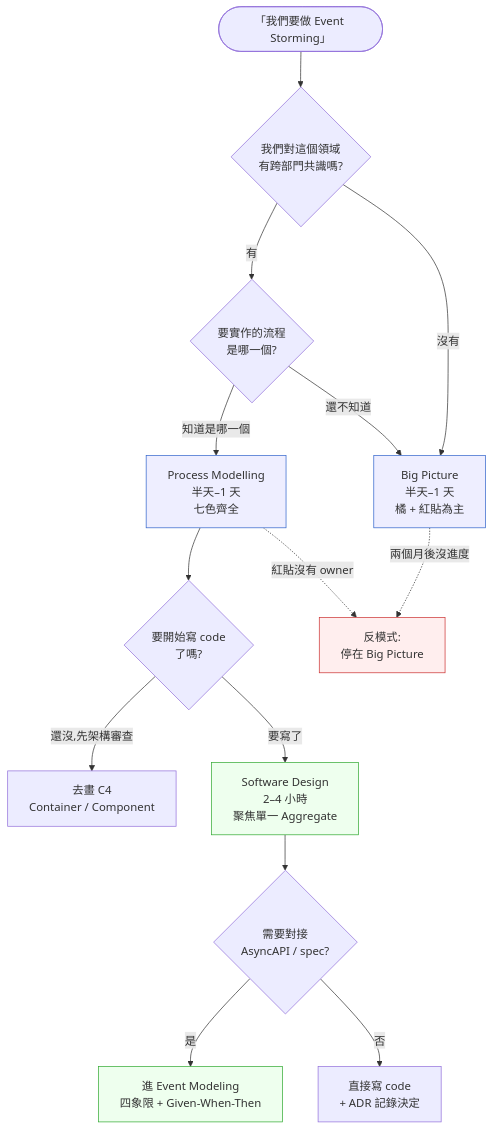
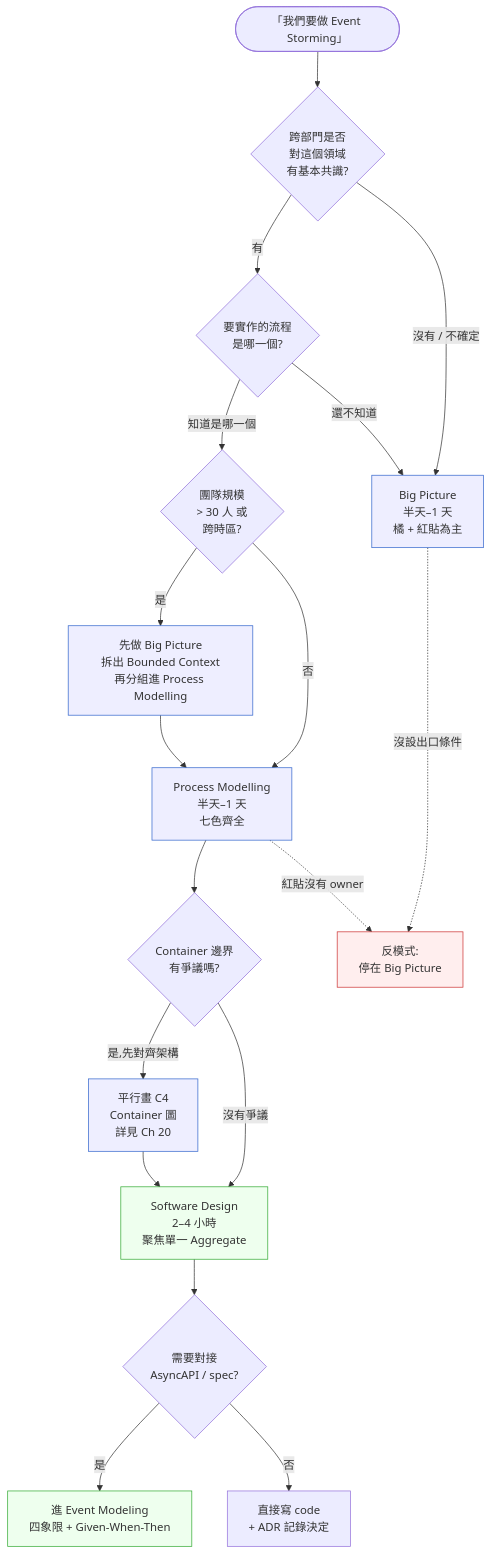
One commit to EddyKuo/sa-sd-playbook changed the third of 3 diagrams in book/part-04-architecture/ch-19-event-storming-modeling.md. Above: the diagram before and after it, drawn with Mermaid. The commit also changed other lines of this file and 53 other files, not shown here.

````diff
--- a/book/part-04-architecture/ch-19-event-storming-modeling.md
+++ b/book/part-04-architecture/ch-19-event-storming-modeling.md
@@ -223,26 +260,29 @@
 ```mermaid
 flowchart TD
-    Start([「我們要做 Event Storming」]) --> Q1{我們對這個領域<br/>有跨部門共識嗎?}
-    Q1 -->|沒有| BP[Big Picture<br/>半天–1 天<br/>橘 + 紅貼為主]
+    Start([「我們要做 Event Storming」]) --> Q1{跨部門是否<br/>對這個領域<br/>有基本共識?}
+    Q1 -->|沒有 / 不確定| BP[Big Picture<br/>半天–1 天<br/>橘 + 紅貼為主]
     Q1 -->|有| Q2{要實作的流程<br/>是哪一個?}
     Q2 -->|還不知道| BP
-    Q2 -->|知道是哪一個| PM[Process Modelling<br/>半天–1 天<br/>七色齊全]
-    PM --> Q3{要開始寫 code<br/>了嗎?}
-    Q3 -->|還沒,先架構審查| C4[去畫 C4<br/>Container / Component]
-    Q3 -->|要寫了| SD[Software Design<br/>2–4 小時<br/>聚焦單一 Aggregate]
+    Q2 -->|知道是哪一個| QTeam{團隊規模<br/>> 30 人 或<br/>跨時區?}
+    QTeam -->|是| BP2[先做 Big Picture<br/>拆出 Bounded Context<br/>再分組進 Process Modelling]
+    QTeam -->|否| PM[Process Modelling<br/>半天–1 天<br/>七色齊全]
+    BP2 --> PM
+    PM --> QArch{Container 邊界<br/>有爭議嗎?}
+    QArch -->|是,先對齊架構| C4[平行畫 C4<br/>Container 圖<br/>詳見 Ch 20]
+    QArch -->|沒有爭議| SD[Software Design<br/>2–4 小時<br/>聚焦單一 Aggregate]
+    C4 --> SD
     SD --> Q4{需要對接<br/>AsyncAPI / spec?}
     Q4 -->|是| EM[進 Event Modeling<br/>四象限 + Given-When-Then]
     Q4 -->|否| Code[直接寫 code<br/>+ ADR 記錄決定]
 
-    BP -. 兩個月後沒進度 .-> Hotspot[反模式:<br/>停在 Big Picture]
+    BP -. 沒設出口條件 .-> Hotspot[反模式:<br/>停在 Big Picture]
     PM -. 紅貼沒有 owner .-> Hotspot
 
     classDef hot fill:#fee,stroke:#c33
     classDef cold fill:#eef,stroke:#36c
     classDef goal fill:#efe,stroke:#3a3
-    class BP cold
-    class PM cold
-    class SD goal
-    class EM goal
+    class BP,BP2,PM cold
+    class SD,EM goal
+    class C4 cold
     class Hotspot hot
 ```
````
